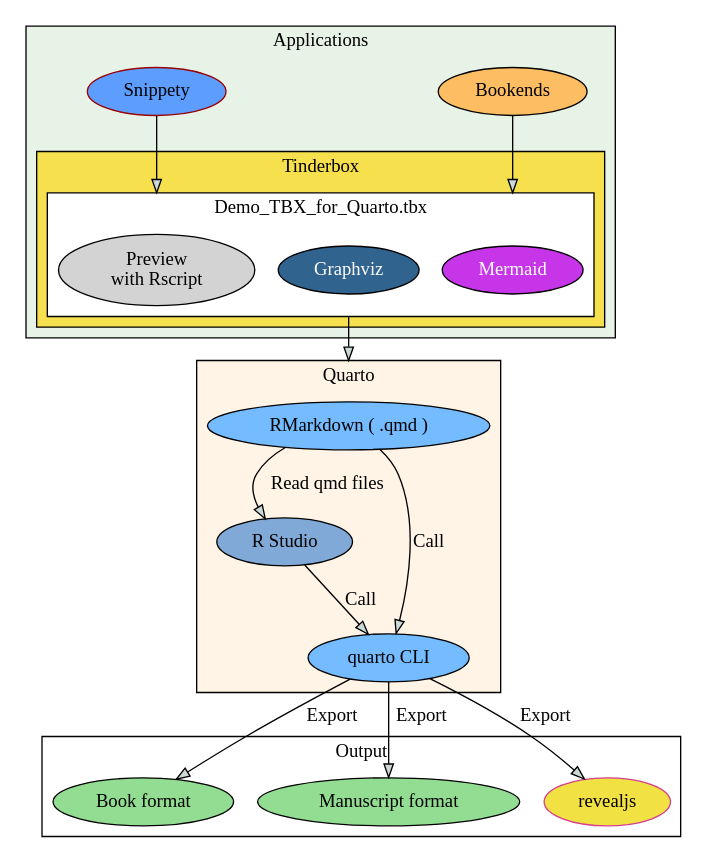
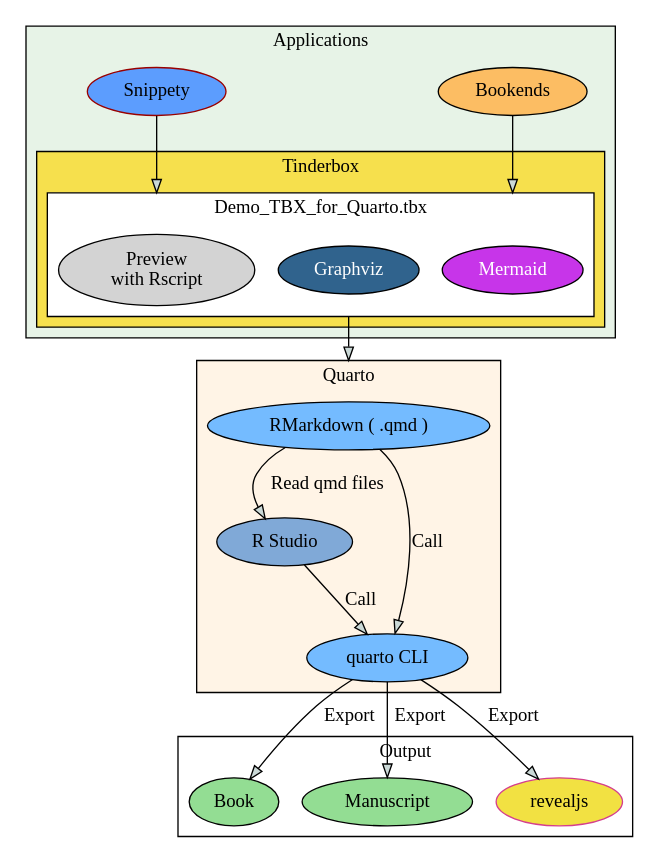
Before and after one commit to fryagbye/tinderboxwithquarto: the diagram in output/index.qmd, drawn with Graphviz. The commit also changed other lines of this file and 67 other files, not shown here.

````diff
--- a/output/index.qmd
+++ b/output/index.qmd
@@ -112,5 +23,6 @@
 ```{dot}
 //| label: fig-workflow-graphviz
+//| fig-cap: Tinderbox Work Flow with Quarto. ( Graphviz version )
 //| fig-width: 5
 digraph {
     layout=dot
@@ -180,8 +92,8 @@
 F [ style="filled"  label="R Studio" color="#000000", penwidth="1", fillcolor="#80a9d7", fontcolor="#000000", URL="https://posit.co/products/open-source/rstudio/"]
 G [ style="filled"  label="RMarkdown ( .qmd )" color="#000000", penwidth="1", fillcolor="#74bbff", fontcolor="#000000"]
 H [ style="filled"  label="quarto CLI" color="#000000", penwidth="1", fillcolor="#74bbff", fontcolor="#000000", URL="https://quarto.org/"]
-I [ style="filled"  label="Book format" color="#000000", penwidth="1", fillcolor="#93dd93", fontcolor="#000000"]
-J [ style="filled"  label="Manuscript format" color="#000000", penwidth="1", fillcolor="#93dd93", fontcolor="#000000"]
+I [ style="filled"  label="Book" color="#000000", penwidth="1", fillcolor="#93dd93", fontcolor="#000000"]
+J [ style="filled"  label="Manuscript" color="#000000", penwidth="1", fillcolor="#93dd93", fontcolor="#000000"]
 K [ style="filled"  label="revealjs" color="#d53f8c", penwidth="1", fillcolor="#f2e142", fontcolor="#000000"]
 
 A -> C [fillcolor="#cbd9d7" fontcolor="#000000" lhead = "cluster_C" ltail = "cluster_A" ]
````
